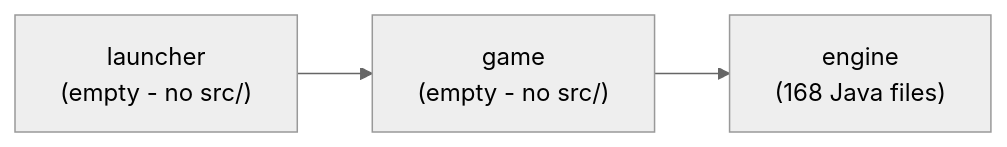
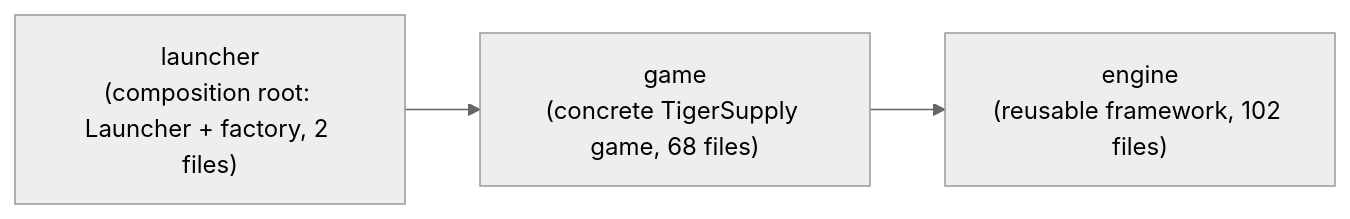
The diagram in documentation/architecture/system-overview/dependencies.md (alesky78/TigerSupply), drawn with Mermaid (neutral theme) before and after one commit. The commit also changed other lines of this file and 9 other files, not shown here.

````diff
--- a/documentation/architecture/system-overview/dependencies.md
+++ b/documentation/architecture/system-overview/dependencies.md
@@ -5,5 +5,5 @@
 ```mermaid
 flowchart LR
-    launcher["launcher\n(empty - no src/)"] --> game["game\n(empty - no src/)"]
-    game --> engine["engine\n(168 Java files)"]
+    launcher["launcher\n(composition root: Launcher + factory, 2 files)"] --> game["game\n(concrete TigerSupply game, 68 files)"]
+    game --> engine["engine\n(reusable framework, 102 files)"]
 ```
````
